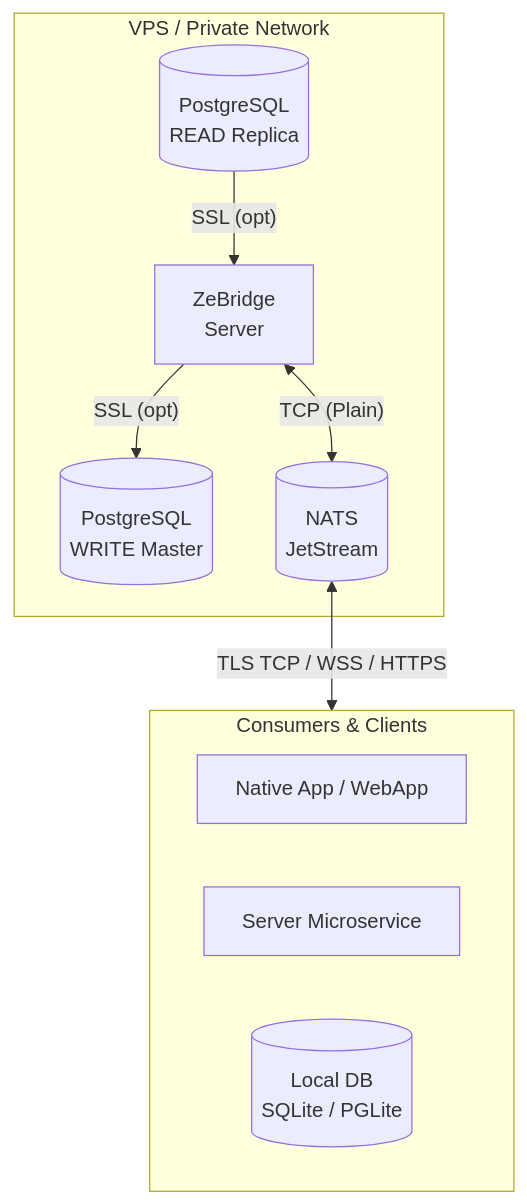
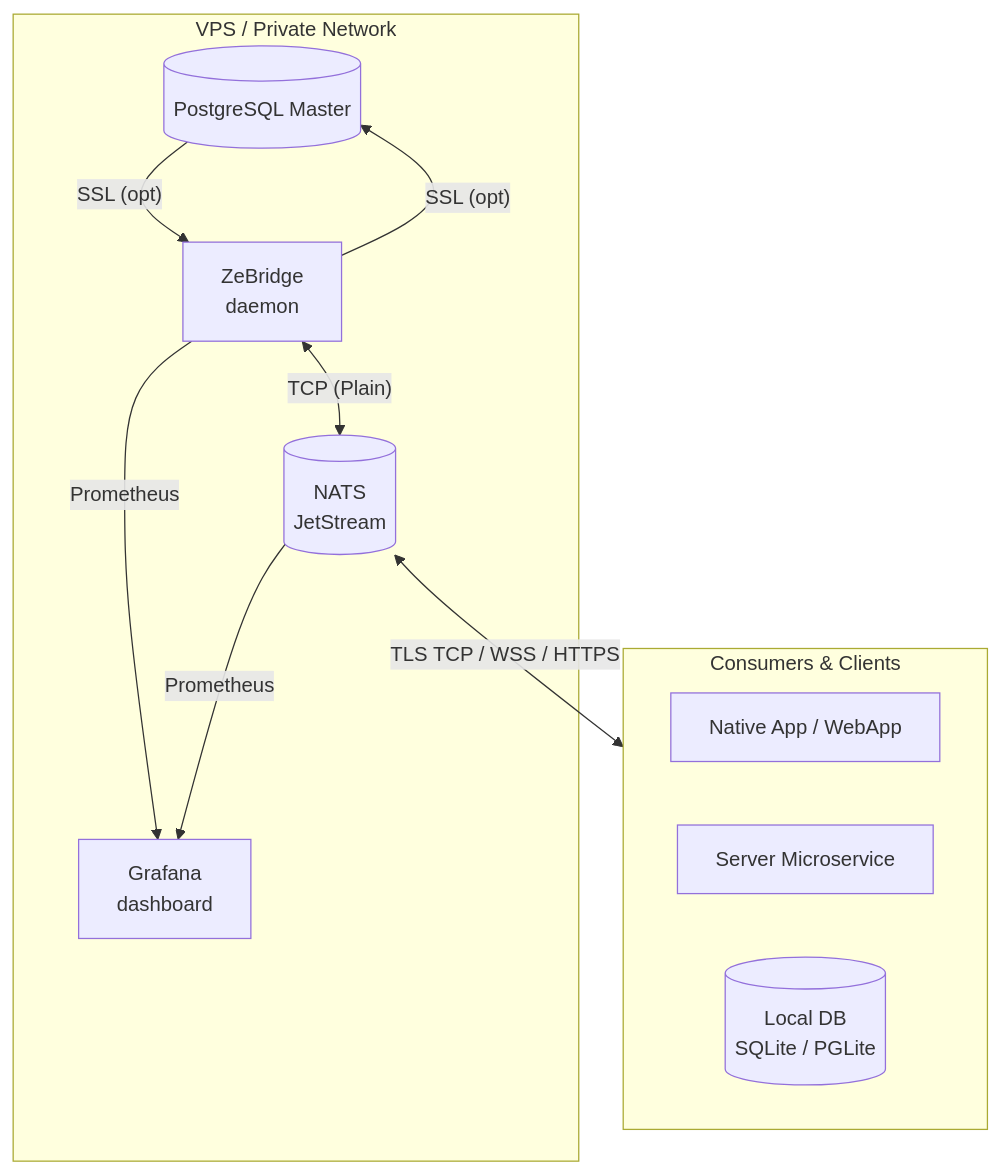
The first of 2 diagrams in README.md (ndrean/ZeBridge), drawn with Mermaid before and after one commit. The commit also changed other lines of this file and 15 other files, not shown here.

Commit message:
DDL schema trigger PG

````diff
--- a/README.md
+++ b/README.md
@@ -14,21 +18,22 @@
 ```mermaid
 flowchart TD
     subgraph VPS["VPS / Private Network"]
-        PG_W[("PostgreSQL<br>WRITE Master")]
-        PG_R[("PostgreSQL<br>READ Replica")]
-        Bridge["ZeBridge<br>Server"]
+        PG[("PostgreSQL Master")]
+        Bridge["ZeBridge<br>daemon"]
         NATS[("NATS<br>JetStream")]
+        Bridge -- Prometheus --> Grafana["Grafana <br> dashboard"]
+        NATS -- Prometheus --> Grafana
 
-        PG_R -- "SSL (opt)" --> Bridge
-        Bridge -- "SSL (opt)" --> PG_W
+        PG -- "SSL (opt)" --> Bridge
+        Bridge -- "SSL (opt)" --> PG
         Bridge <--> |"TCP (Plain)"| NATS
     end
 
     NATS <--> |"TLS TCP / WSS / HTTPS"| Consumers
 
     subgraph Consumers["Consumers & Clients"]
         App["Native App / WebApp"]
         Server_Worker["Server Microservice"]
         Local_DB[("Local DB<br>SQLite / PGLite")]
     end
 ```
````
